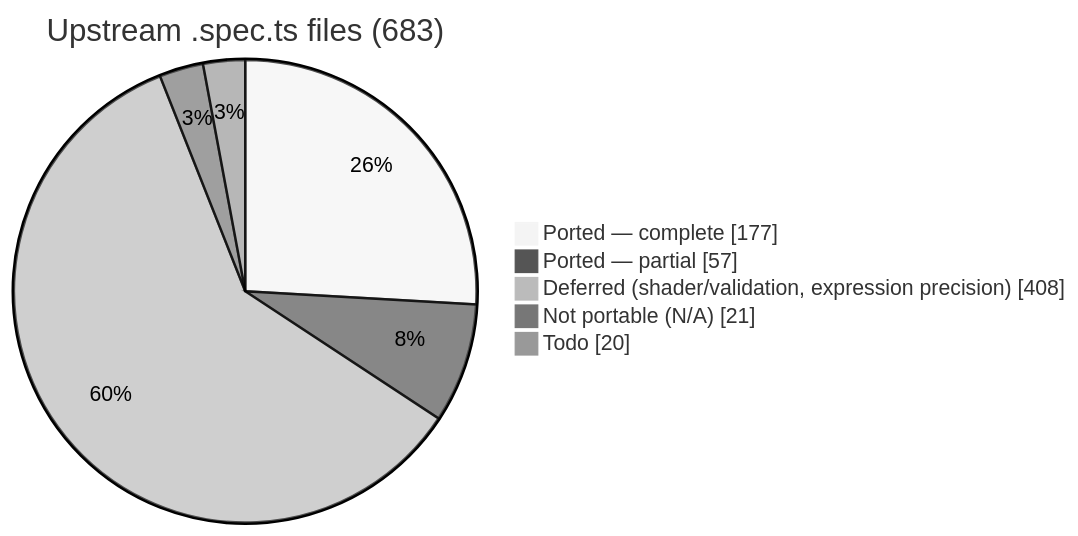
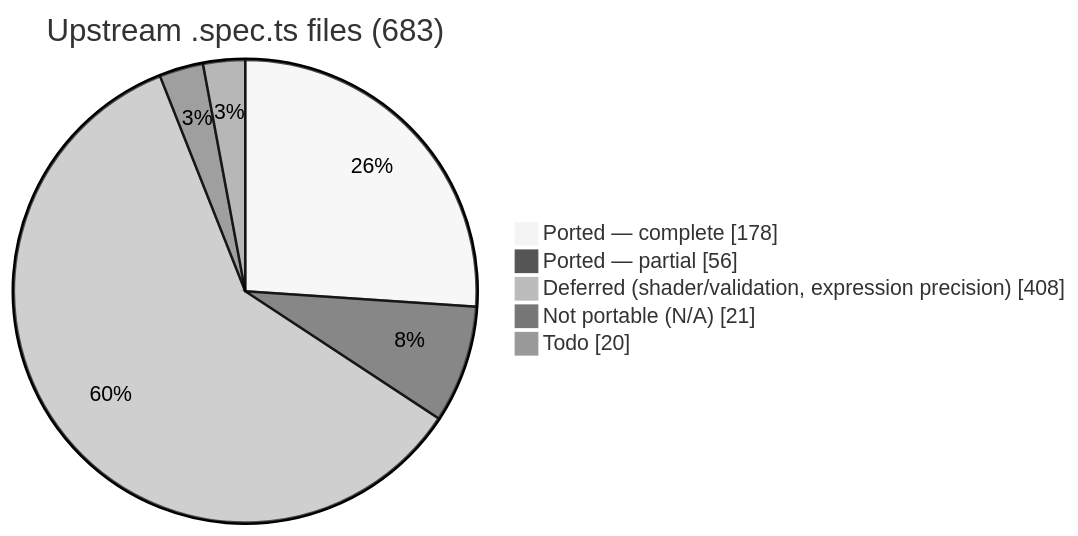
Before and after one commit to infosia/webgpu-native-cts: the first of 2 diagrams in README.md, drawn with Mermaid (neutral theme). The commit also changed other lines of this file and 1 other file, not shown here.

Commit message:
docs: reconcile counts after sample_mask partial->complete (api/operation 28/42; total 178/56)

````diff
--- a/README.md
+++ b/README.md
@@ -94,9 +94,9 @@
 ```mermaid
 pie showData
     title Upstream .spec.ts files (683)
-    "Ported — complete" : 177
-    "Ported — partial" : 57
+    "Ported — complete" : 178
+    "Ported — partial" : 56
     "Deferred (shader/validation, expression precision)" : 408
     "Not portable (N/A)" : 21
     "Todo" : 20
 ```
````
